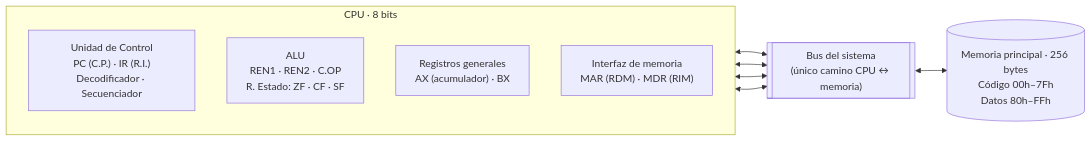
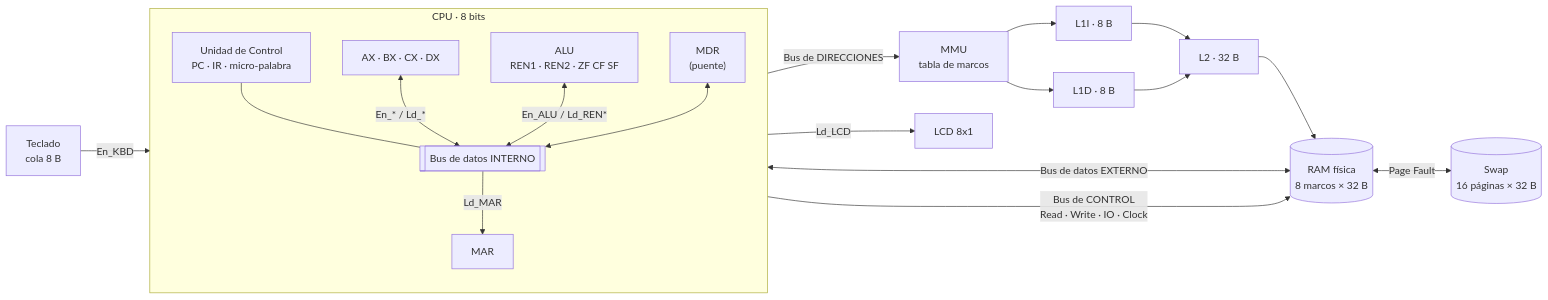
The first of 3 diagrams in README.md (Dieg0-andrade/Arquitectura-Computadoras-Parcial-2), drawn with Mermaid before and after one commit. The commit also changed other lines of this file, not shown here.

````diff
--- a/README.md
+++ b/README.md
@@ -74,17 +78,28 @@
 ```mermaid
 flowchart LR
-    subgraph CPU["CPU · 8 bits"]
-        direction TB
-        UC["Unidad de Control<br/>PC (C.P.) · IR (R.I.)<br/>Decodificador · Secuenciador"]
-        ALU["ALU<br/>REN1 · REN2 · C.OP<br/>R. Estado: ZF · CF · SF"]
-        REG["Registros generales<br/>AX (acumulador) · BX"]
-        MI["Interfaz de memoria<br/>MAR (RDM) · MDR (RIM)"]
-    end
-    BUS[["Bus del sistema<br/>(único camino CPU ↔ memoria)"]]
-    RAM[("Memoria principal · 256 bytes<br/>Código 00h–7Fh<br/>Datos 80h–FFh")]
-    UC <--> BUS
-    ALU <--> BUS
-    REG <--> BUS
-    MI <--> BUS
-    BUS <--> RAM
+  subgraph CPU["CPU · 8 bits"]
+    direction TB
+    UC["Unidad de Control<br/>PC · IR · micro-palabra"]
+    BI[["Bus de datos INTERNO"]]
+    REGS["AX · BX · CX · DX"]
+    ALU["ALU<br/>REN1 · REN2 · ZF CF SF"]
+    MAR["MAR"]
+    MDR["MDR<br/>(puente)"]
+    UC --- BI
+    REGS <-->|En_* / Ld_*| BI
+    ALU <-->|En_ALU / Ld_REN*| BI
+    BI -->|Ld_MAR| MAR
+    MDR <--> BI
+  end
+  MAR -->|Bus de DIRECCIONES| MMU["MMU<br/>tabla de marcos"]
+  MMU --> L1I["L1I · 8 B"]
+  MMU --> L1D["L1D · 8 B"]
+  L1I --> L2["L2 · 32 B"]
+  L1D --> L2
+  L2 --> RAM[("RAM física<br/>8 marcos × 32 B")]
+  RAM <-->|Page Fault| SWAP[("Swap<br/>16 páginas × 32 B")]
+  MDR <-->|Bus de datos EXTERNO| RAM
+  KBD["Teclado<br/>cola 8 B"] -->|En_KBD| MDR
+  MDR -->|Ld_LCD| LCD["LCD 8x1"]
+  UC -->|Bus de CONTROL<br/>Read · Write · IO · Clock| RAM
 ```
````
